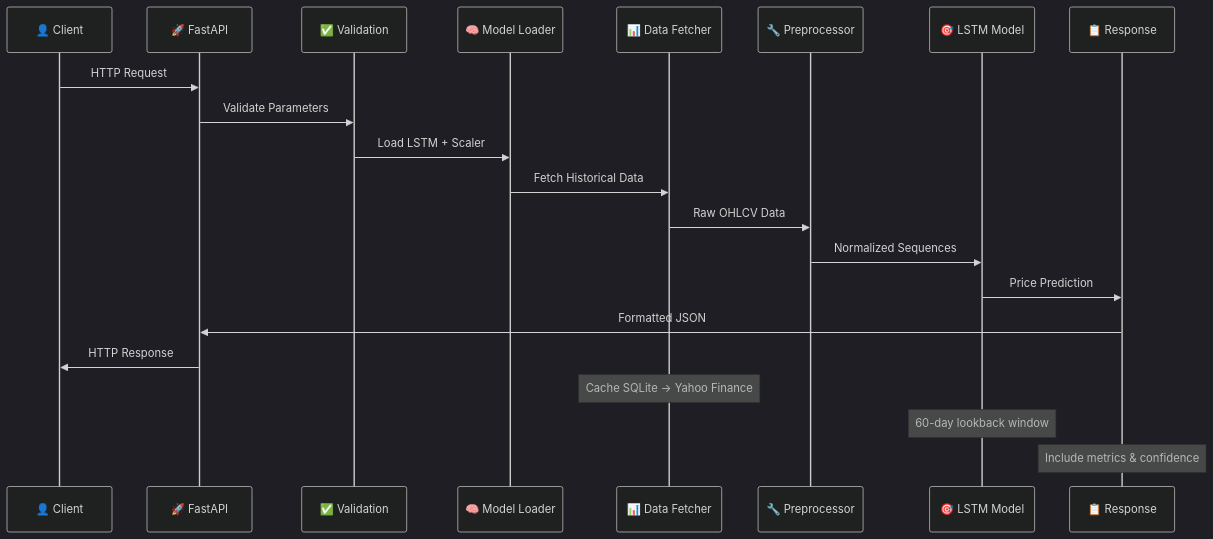
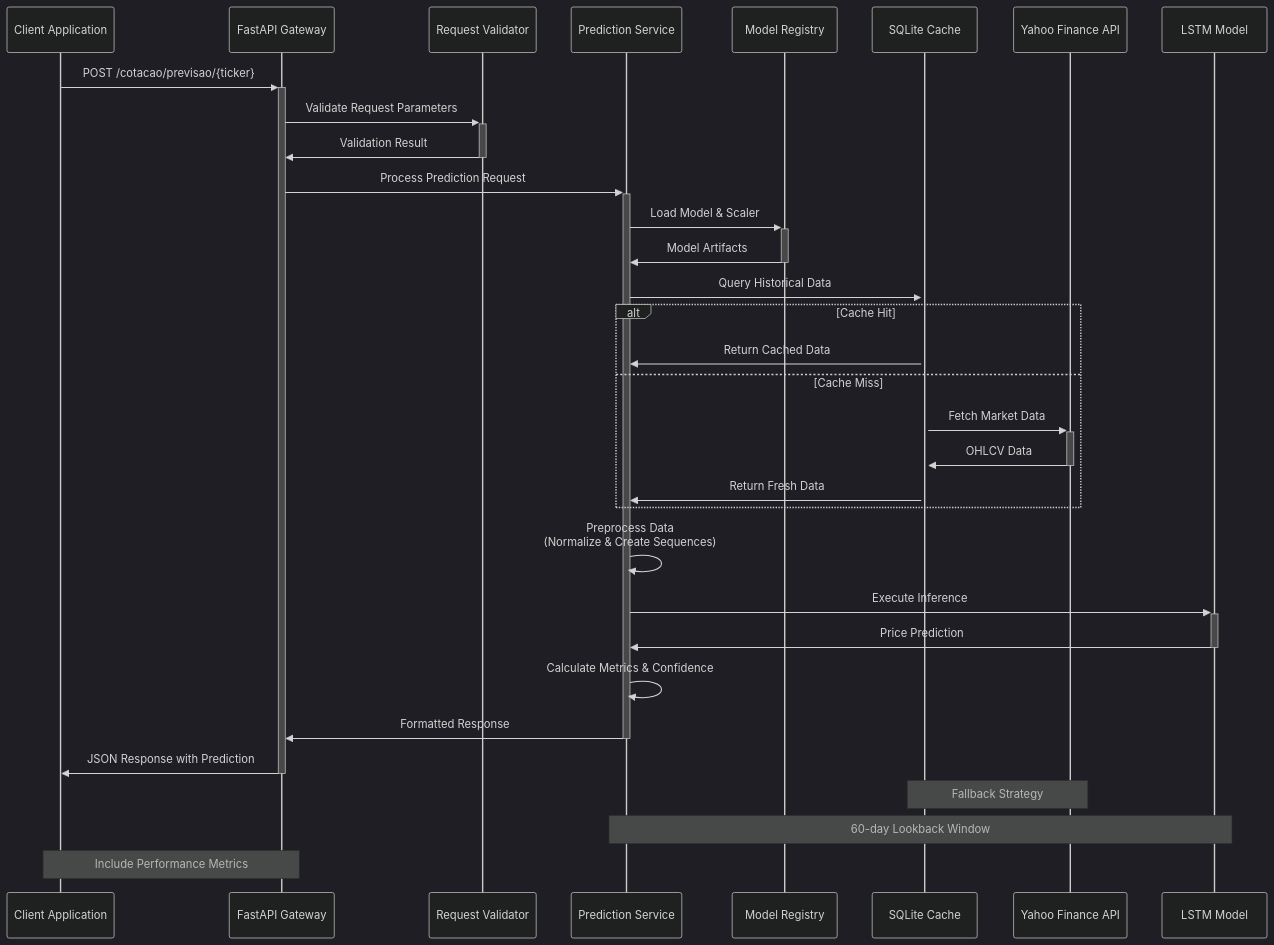
Before and after one commit to PauloGuedes2/tech4: the fifth of 6 diagrams in README.md, drawn with Mermaid (dark theme). The commit also changed other lines of this file, not shown here.

````diff
--- a/README.md
+++ b/README.md
@@ -528,25 +627,40 @@
 ```mermaid
 sequenceDiagram
-    participant C as 👤 Client
-    participant F as 🚀 FastAPI
-    participant V as ✅ Validation
-    participant M as 🧠 Model Loader
-    participant D as 📊 Data Fetcher
-    participant P as 🔧 Preprocessor
-    participant L as 🎯 LSTM Model
-    participant R as 📋 Response
+    participant Client as Client Application
+    participant API as FastAPI Gateway
+    participant Auth as Request Validator
+    participant Service as Prediction Service
+    participant Registry as Model Registry
+    participant Cache as SQLite Cache
+    participant External as Yahoo Finance API
+    participant Model as LSTM Model
 
-    C->>F: HTTP Request
-    F->>V: Validate Parameters
-    V->>M: Load LSTM + Scaler
-    M->>D: Fetch Historical Data
-    D->>P: Raw OHLCV Data
-    P->>L: Normalized Sequences
-    L->>R: Price Prediction
-    R->>F: Formatted JSON
-    F->>C: HTTP Response
+    Client->>+API: POST /cotacao/previsao/{ticker}
+    API->>+Auth: Validate Request Parameters
+    Auth->>-API: Validation Result
+    
+    API->>+Service: Process Prediction Request
+    Service->>+Registry: Load Model & Scaler
+    Registry->>-Service: Model Artifacts
+    
+    Service->>+Cache: Query Historical Data
+    alt Cache Hit
+        Cache->>Service: Return Cached Data
+    else Cache Miss
+        Cache->>+External: Fetch Market Data
+        External->>-Cache: OHLCV Data
+        Cache->>Service: Return Fresh Data
+    end
+    
+    Service->>Service: Preprocess Data<br/>(Normalize & Create Sequences)
+    Service->>+Model: Execute Inference
+    Model->>-Service: Price Prediction
+    
+    Service->>Service: Calculate Metrics & Confidence
+    Service->>-API: Formatted Response
+    API->>-Client: JSON Response with Prediction
 
-    Note over D: Cache SQLite → Yahoo Finance
-    Note over L: 60-day lookback window
-    Note over R: Include metrics & confidence
+    Note over Cache, External: Fallback Strategy
+    Note over Service, Model: 60-day Lookback Window
+    Note over API, Client: Include Performance Metrics
 ```
````
